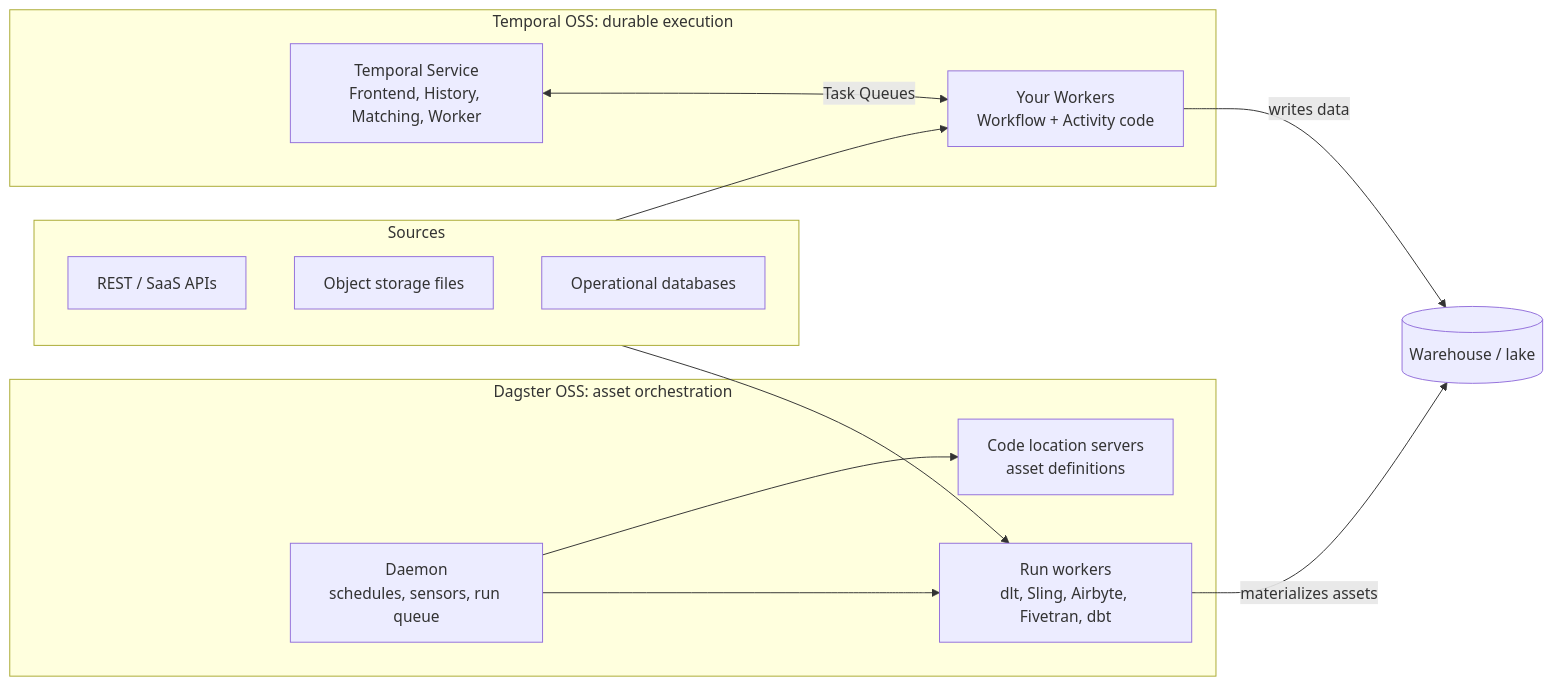
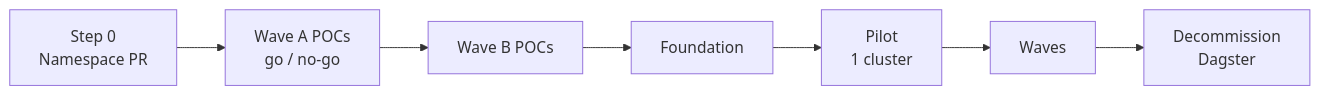
Before and after one commit to infroid/temporal-vs-dagster: the diagram in README.md, drawn with Mermaid. The commit also changed other lines of this file and 26 other files, not shown here.

````diff
--- a/README.md
+++ b/README.md
@@ -24,24 +33,9 @@
 ```mermaid
 flowchart LR
-    subgraph SRC["Sources"]
-        API["REST / SaaS APIs"]
-        S3["Object storage files"]
-        DB["Operational databases"]
-    end
-    subgraph T["Temporal OSS: durable execution"]
-        TS["Temporal Service<br/>Frontend, History, Matching, Worker"]
-        TW["Your Workers<br/>Workflow + Activity code"]
-        TS <-->|"Task Queues"| TW
-    end
-    subgraph D["Dagster OSS: asset orchestration"]
-        DD["Daemon<br/>schedules, sensors, run queue"]
-        DC["Code location servers<br/>asset definitions"]
-        DR["Run workers<br/>dlt, Sling, Airbyte, Fivetran, dbt"]
-        DD --> DC
-        DD --> DR
-    end
-    SRC --> TW
-    SRC --> DR
-    TW -->|"writes data"| WH[("Warehouse / lake")]
-    DR -->|"materializes assets"| WH
+  S0["Step 0<br/>Namespace PR"] --> WA["Wave A POCs<br/>go / no-go"]
+  WA --> WB["Wave B POCs"]
+  WB --> F["Foundation"]
+  F --> P["Pilot<br/>1 cluster"]
+  P --> W["Waves"]
+  W --> D["Decommission<br/>Dagster"]
 ```
````
